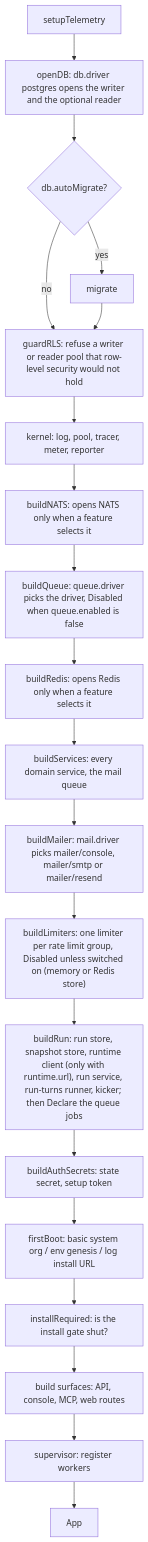
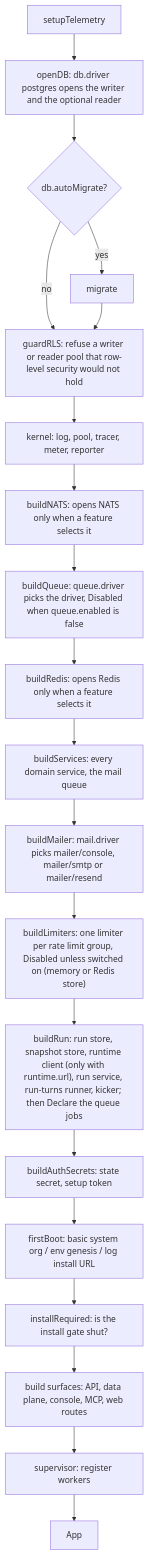
One commit to altalune-id/oagent changed the first of 3 diagrams in internal/boot/README.md. Above: the diagram before and after it, drawn with Mermaid. The commit also changed other lines of this file and 159 other files, not shown here.

First line of the commit message:
feat(dataplane): stream agent turns over AG-UI SSE, add the thread viewer API and console (#69)

````diff
--- a/internal/boot/README.md
+++ b/internal/boot/README.md
@@ -14,22 +14,22 @@
 ```mermaid
 flowchart TD
     A[setupTelemetry] --> B["openDB: db.driver postgres opens the writer and the optional reader"]
     B --> C{db.autoMigrate?}
     C -- yes --> D[migrate]
     C -- no --> GR
     D --> GR["guardRLS: refuse a writer or reader pool that row-level security would not hold"]
     GR --> E[kernel: log, pool, tracer, meter, reporter]
     E --> NA["buildNATS: opens NATS only when a feature selects it"]
     NA --> Q["buildQueue: queue.driver picks the driver, Disabled when queue.enabled is false"]
     Q --> RD["buildRedis: opens Redis only when a feature selects it"]
     RD --> F[buildServices: every domain service, the mail queue]
     F --> M[buildMailer: mail.driver picks mailer/console, mailer/smtp or mailer/resend]
     M --> R["buildLimiters: one limiter per rate limit group, Disabled unless switched on (memory or Redis store)"]
     R --> RN["buildRun: run store, snapshot store, runtime client (only with runtime.url), run service, run-turns runner, kicker; then Declare the queue jobs"]
     RN --> G[buildAuthSecrets: state secret, setup token]
     G --> H[firstBoot: basic system org / env genesis / log install URL]
     H --> I[installRequired: is the install gate shut?]
-    I --> J[build surfaces: API, console, MCP, web routes]
+    I --> J[build surfaces: API, data plane, console, MCP, web routes]
     J --> K[supervisor: register workers]
     K --> L[App]
 ```
````
